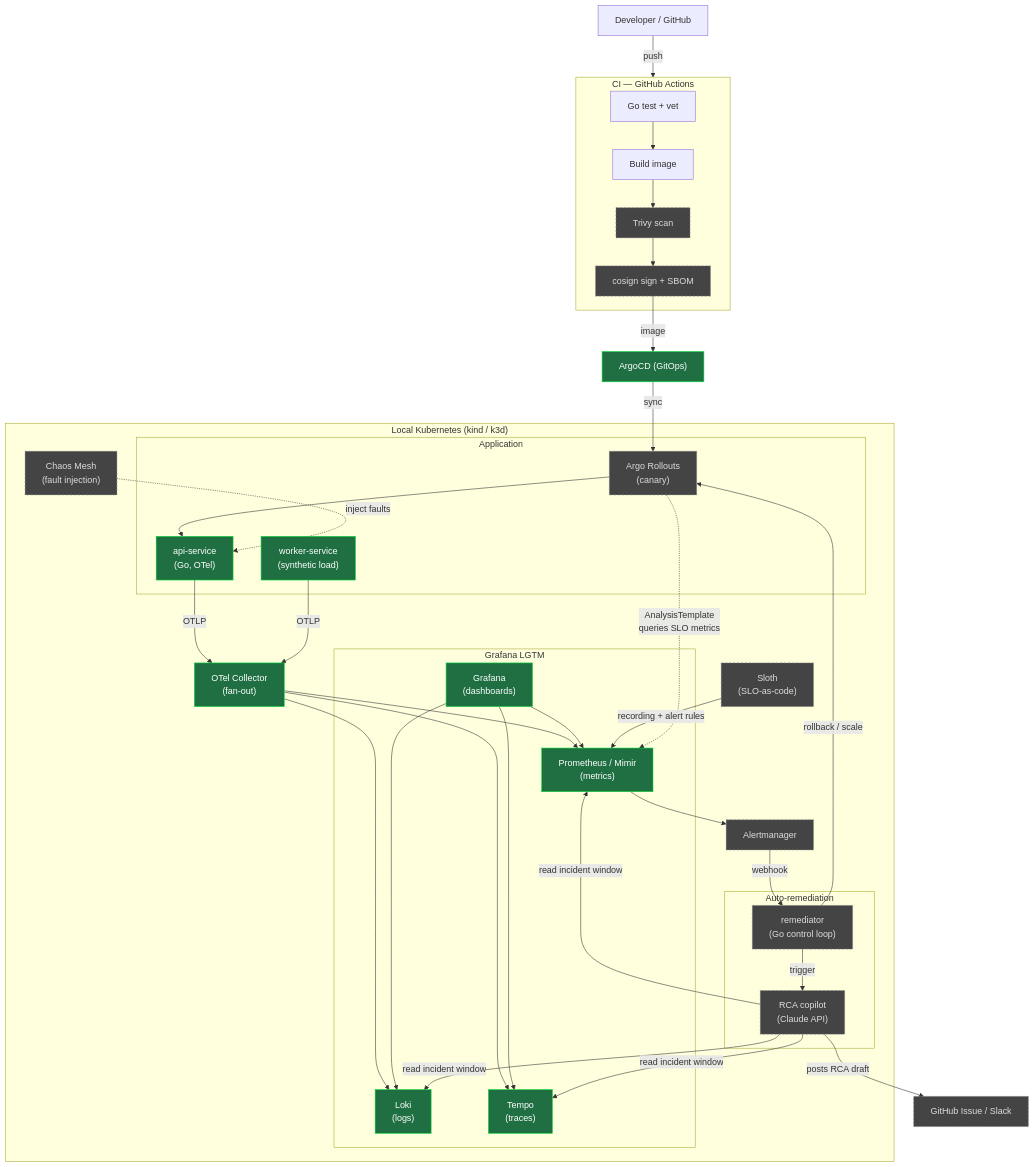
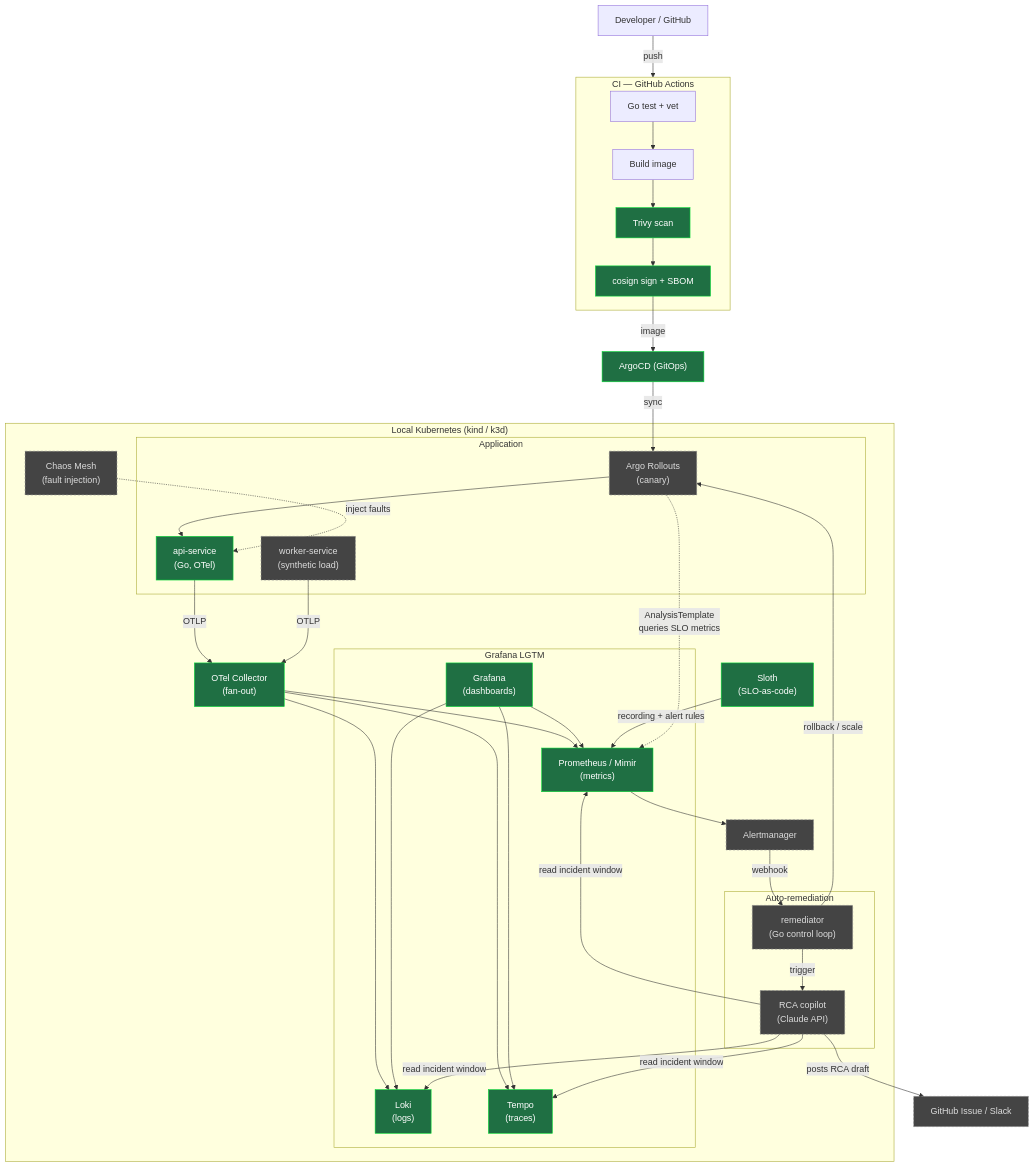
One commit to tomjga/OmniObserve changed the first of 2 diagrams in README.md. Above: the diagram before and after it, drawn with Mermaid. The commit also changed other lines of this file, not shown here.

````diff
--- a/README.md
+++ b/README.md
@@ -16,58 +16,58 @@
 ```mermaid
 flowchart TB
     dev["Developer / GitHub"] -->|push| ci
 
     subgraph ci["CI — GitHub Actions"]
         test["Go test + vet"] --> build["Build image"]
         build --> scan["Trivy scan"] --> sign["cosign sign + SBOM"]
     end
 
     sign -->|image| argocd["ArgoCD (GitOps)"]
     argocd -->|sync| rollout
 
     subgraph cluster["Local Kubernetes (kind / k3d)"]
         subgraph app["Application"]
             rollout["Argo Rollouts<br/>(canary)"] --> api["api-service<br/>(Go, OTel)"]
             worker["worker-service<br/>(synthetic load)"]
         end
 
         chaos["Chaos Mesh<br/>(fault injection)"] -.->|inject faults| api
 
         api -->|OTLP| otelcol["OTel Collector<br/>(fan-out)"]
         worker -->|OTLP| otelcol
 
         subgraph lgtm["Grafana LGTM"]
             prom["Prometheus / Mimir<br/>(metrics)"]
             loki["Loki<br/>(logs)"]
             tempo["Tempo<br/>(traces)"]
             grafana["Grafana<br/>(dashboards)"]
         end
 
         otelcol --> prom
         otelcol --> loki
         otelcol --> tempo
         grafana --> prom & loki & tempo
 
         sloth["Sloth<br/>(SLO-as-code)"] -->|recording + alert rules| prom
         prom --> am["Alertmanager"]
 
         rollout -. "AnalysisTemplate<br/>queries SLO metrics" .-> prom
 
         subgraph control["Auto-remediation"]
             remediator["remediator<br/>(Go control loop)"]
             rca["RCA copilot<br/>(Claude API)"]
         end
 
         am -->|webhook| remediator
         remediator -->|rollback / scale| rollout
         remediator -->|trigger| rca
         rca -->|read incident window| loki & tempo & prom
     end
 
     rca -->|posts RCA draft| issue["GitHub Issue / Slack"]
 
     classDef done fill:#1f6f43,stroke:#0d3,color:#fff;
     classDef plan fill:#444,stroke:#888,color:#ddd,stroke-dasharray:4 3;
-    class api,worker,prom,loki,tempo,grafana,otelcol,argocd done;
-    class rollout,chaos,sloth,am,remediator,rca,scan,sign,issue plan;
+    class api,prom,loki,tempo,grafana,otelcol,argocd,sloth,scan,sign done;
+    class worker,rollout,chaos,am,remediator,rca,issue plan;
 ```
````
